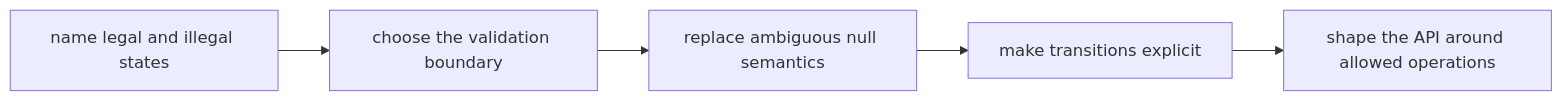
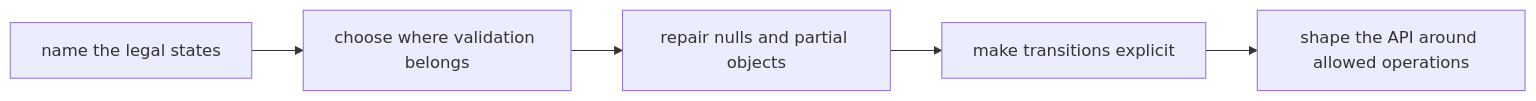
Before and after one commit to bijux/bijux-masterclass: the second of 2 diagrams in programs/python-programming/python-object-oriented-programming/course-book/module-03-state-validation-typestate/exercises.md, drawn with Mermaid. The commit also changed other lines of this file, not shown here.

````diff
--- a/programs/python-programming/python-object-oriented-programming/course-book/module-03-state-validation-typestate/exercises.md
+++ b/programs/python-programming/python-object-oriented-programming/course-book/module-03-state-validation-typestate/exercises.md
@@ -18,7 +18,7 @@
 ```mermaid
 flowchart LR
-  legal["name legal and illegal states"] --> validate["choose the validation boundary"]
-  validate --> nulls["replace ambiguous null semantics"]
-  nulls --> lifecycle["make transitions explicit"]
-  lifecycle --> typestate["shape the API around allowed operations"]
+  states["name the legal states"] --> boundary["choose where validation belongs"]
+  boundary --> absence["repair nulls and partial objects"]
+  absence --> lifecycle["make transitions explicit"]
+  lifecycle --> API["shape the API around allowed operations"]
 ```
````
